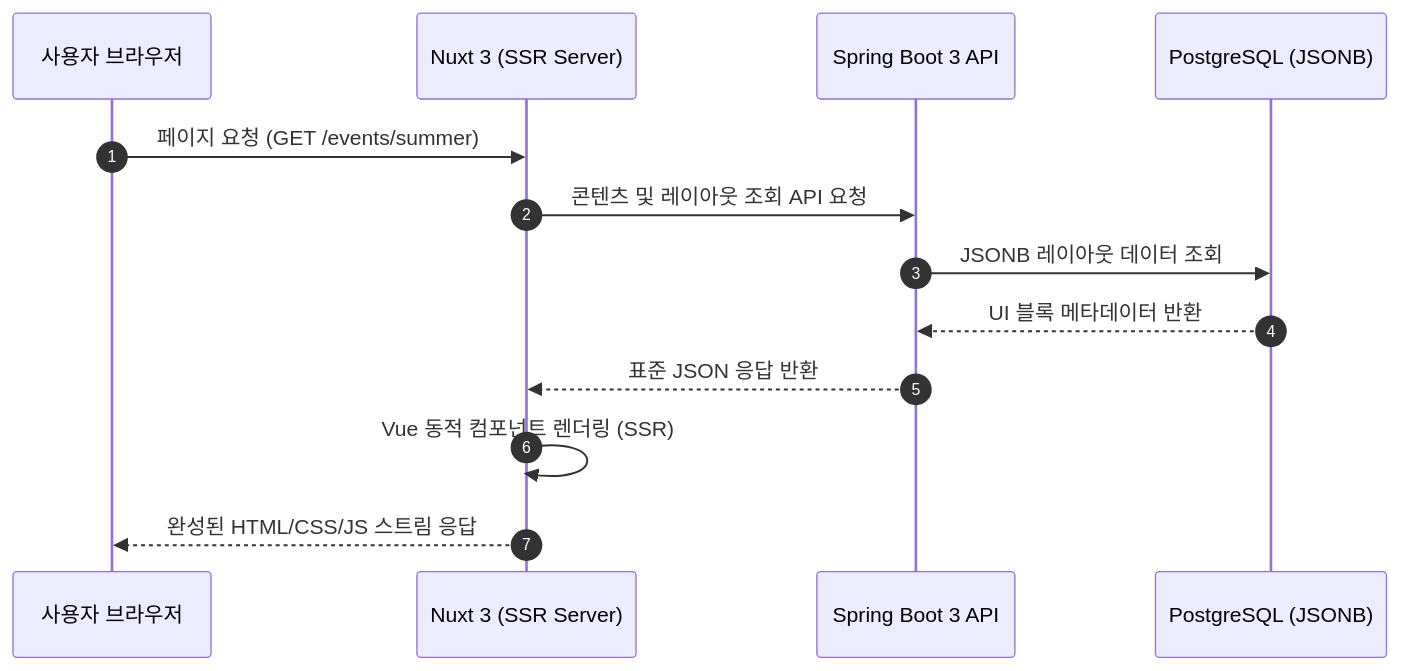
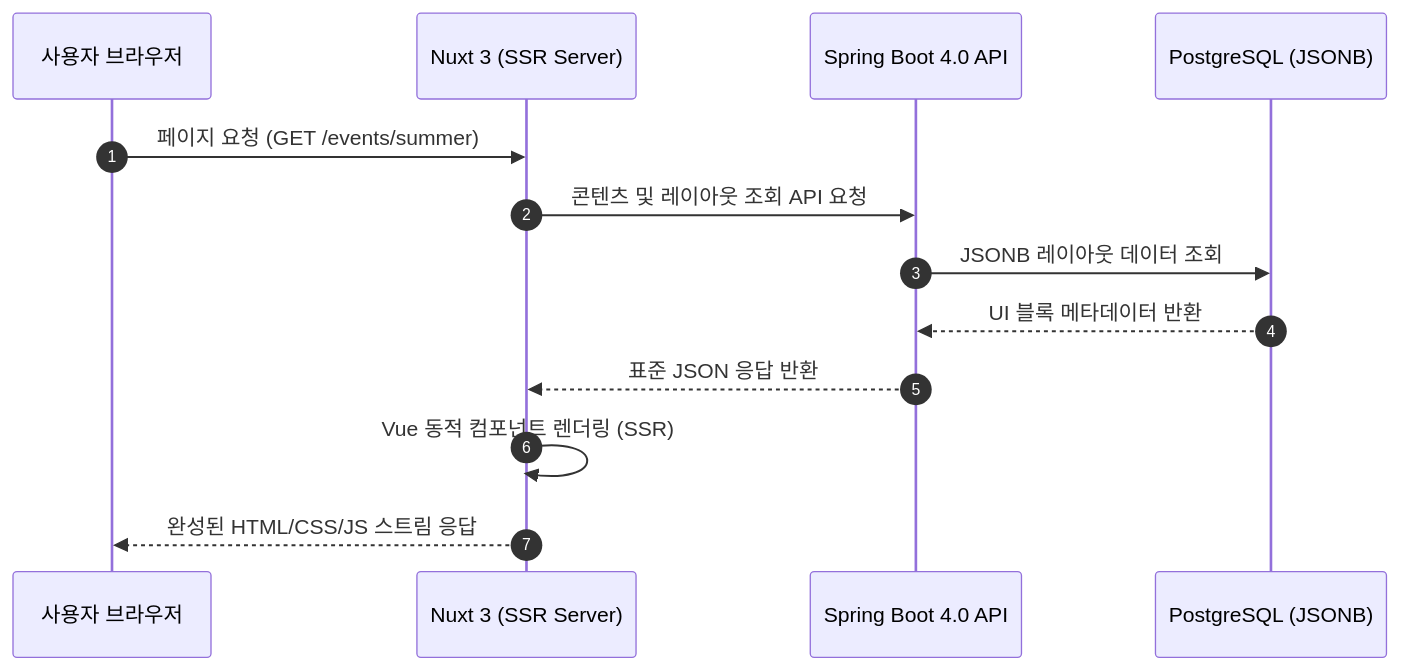
One commit to DramaticCollaboration/doc.github.io changed the second of 2 diagrams in ko/synccms/architecture.md. Above: the diagram before and after it, drawn with Mermaid. The commit also changed other lines of this file and 45 other files, not shown here.

````diff
--- a/ko/synccms/architecture.md
+++ b/ko/synccms/architecture.md
@@ -95,16 +95,16 @@
 ```mermaid
 sequenceDiagram
     autonumber
     participant Client as 사용자 브라우저
     participant Nuxt as Nuxt 3 (SSR Server)
-    participant API as Spring Boot 3 API
+    participant API as Spring Boot 4.0 API
     participant DB as PostgreSQL (JSONB)
 
     Client->>Nuxt: 페이지 요청 (GET /events/summer)
     Nuxt->>API: 콘텐츠 및 레이아웃 조회 API 요청
     API->>DB: JSONB 레이아웃 데이터 조회
     DB-->>API: UI 블록 메타데이터 반환
     API-->>Nuxt: 표준 JSON 응답 반환
     Nuxt->>Nuxt: Vue 동적 컴포넌트 렌더링 (SSR)
     Nuxt-->>Client: 완성된 HTML/CSS/JS 스트림 응답
 ```
````
